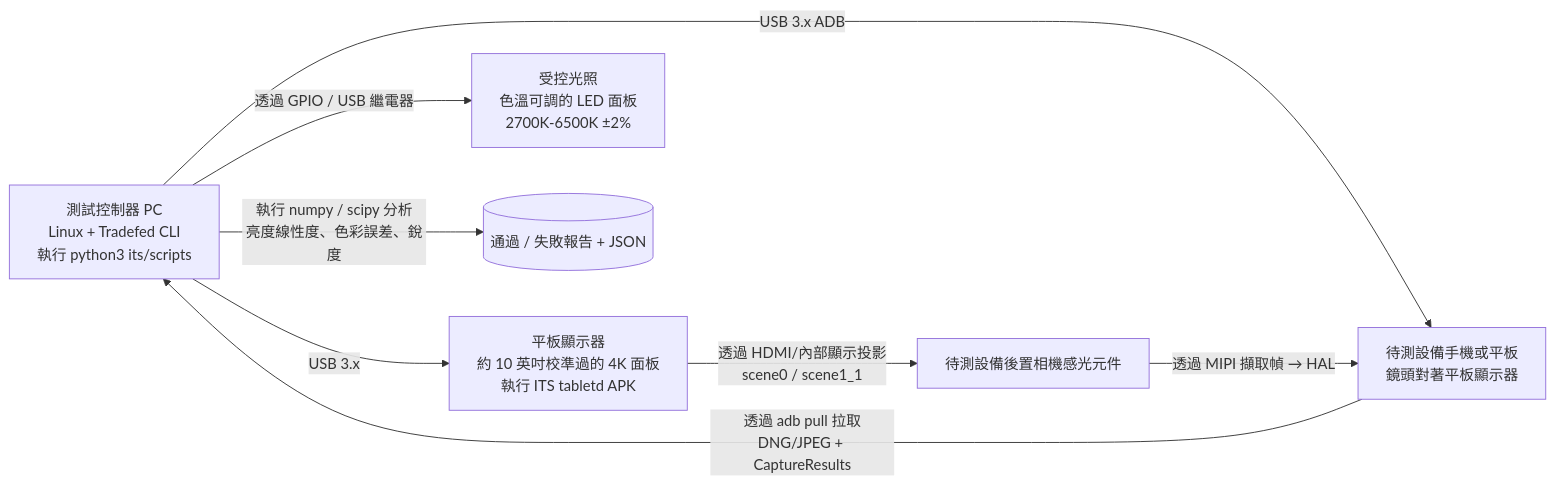
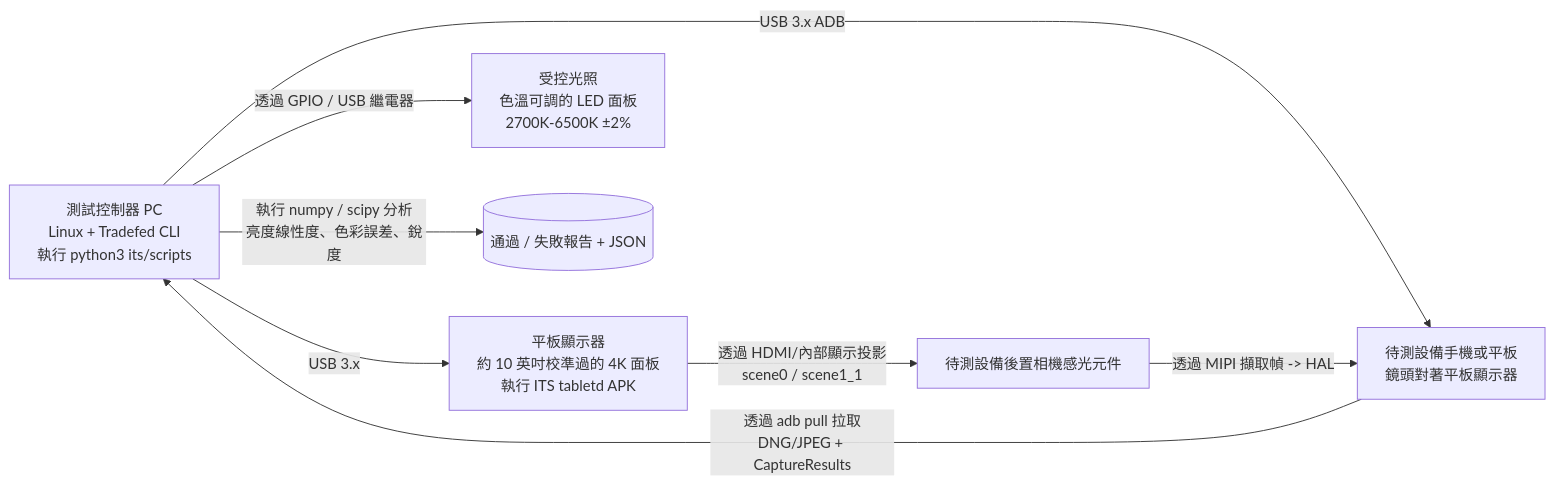
One commit to zoozooll/AndroidCameraParameters changed the second of 2 diagrams in website/i18n/zh-Hant/docusaurus-plugin-content-docs/current/camera2/camera-testing.md. Above: the diagram before and after it, drawn with Mermaid. The commit also changed other lines of this file and 77 other files, not shown here.

First line of the commit message:
docs: standardize Mermaid syntax and polish 3A pipeline translations

````diff
--- a/website/i18n/zh-Hant/docusaurus-plugin-content-docs/current/camera2/camera-testing.md
+++ b/website/i18n/zh-Hant/docusaurus-plugin-content-docs/current/camera2/camera-testing.md
@@ -58,11 +58,11 @@
 ```mermaid
 graph LR
     TC["測試控制器 PC<br/>Linux + Tradefed CLI<br/>執行 python3 its/scripts"]
     TC -->|USB 3.x ADB| DUT[待測設備手機或平板<br/>鏡頭對著平板顯示器]
     TC -->|USB 3.x| TPD[平板顯示器<br/>約 10 英吋校準過的 4K 面板<br/>執行 ITS tabletd APK]
     TC -->|透過 GPIO / USB 繼電器| LIGHT[受控光照<br/>色溫可調的 LED 面板<br/>2700K-6500K ±2%]
     TPD -->|透過 HDMI/內部顯示投影<br/>scene0 / scene1_1| DUT_CAM[待測設備後置相機感光元件]
-    DUT_CAM -->|透過 MIPI 擷取幀 → HAL| DUT
+    DUT_CAM -->|透過 MIPI 擷取幀 -> HAL| DUT
     DUT -->|透過 adb pull 拉取<br/>DNG/JPEG + CaptureResults| TC
     TC -->|執行 numpy / scipy 分析<br/>亮度線性度、色彩誤差、銳度| RESULT[(通過 / 失敗報告 + JSON)]
 ```
````
